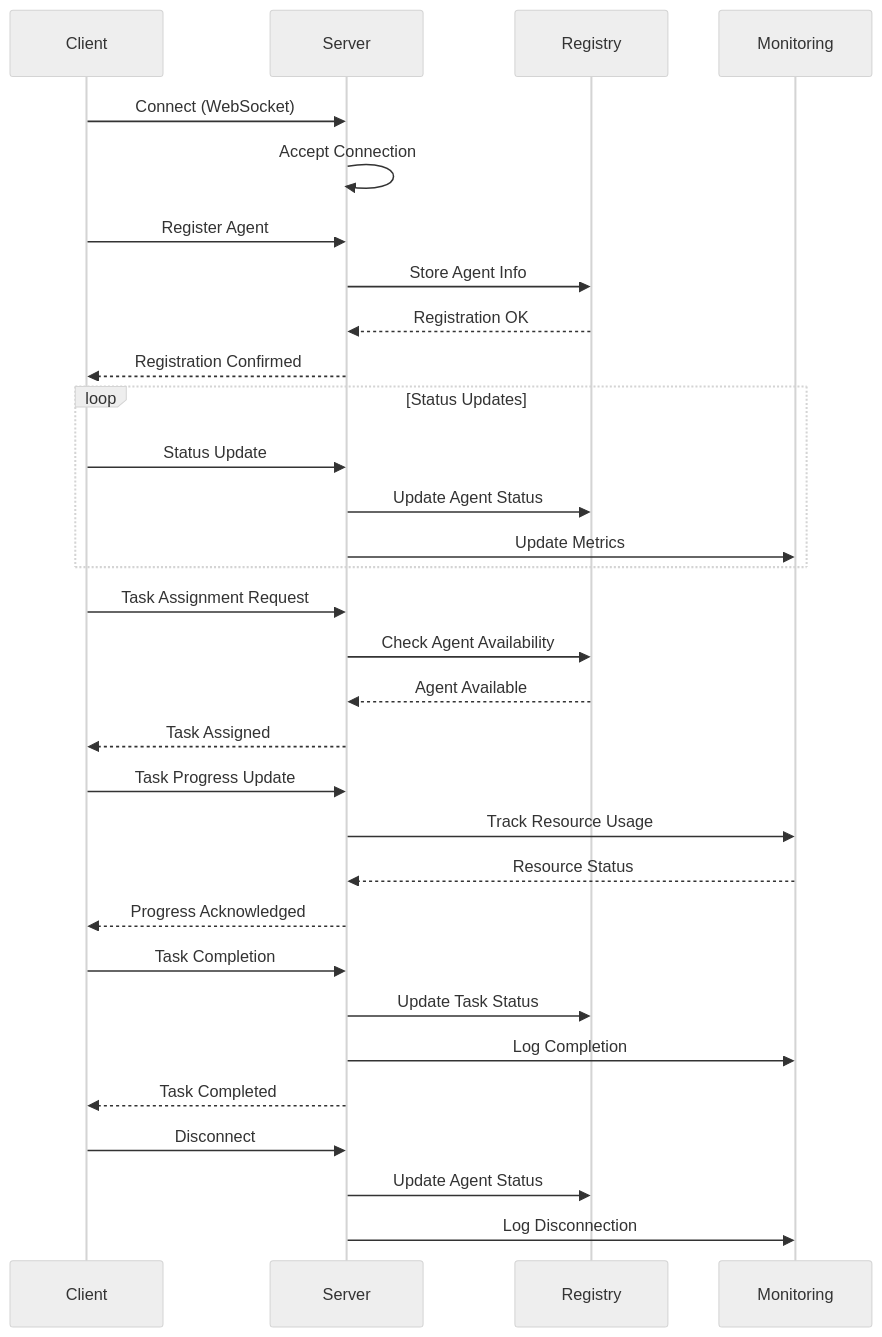
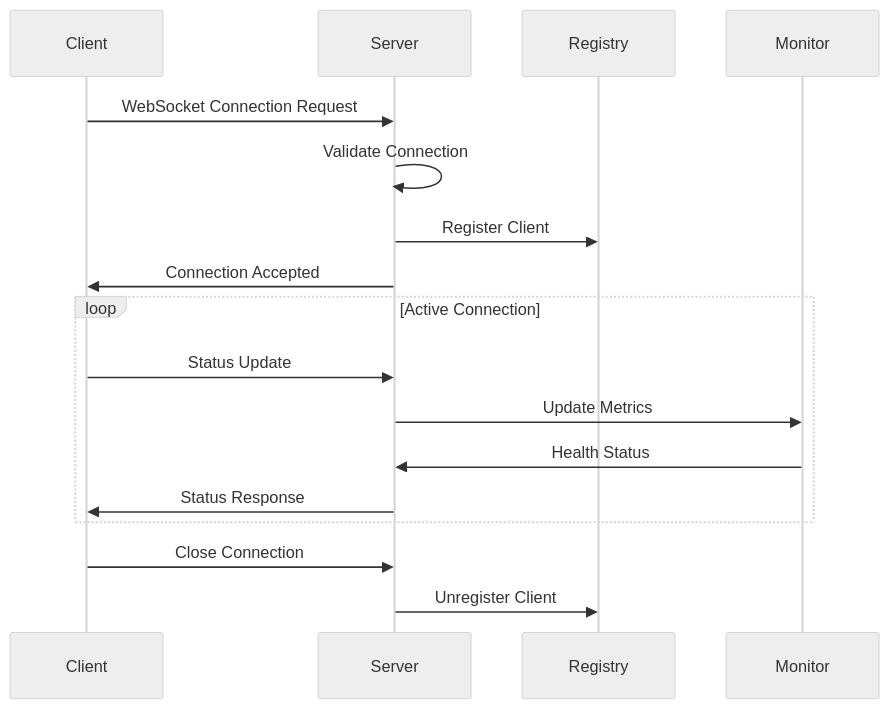
One commit to MaxParisotto/nexa-core changed the first of 4 diagrams in docs/architecture.md. Above: the diagram before and after it, drawn with Mermaid (neutral theme). The commit also changed other lines of this file and 17 other files, not shown here.

````diff
--- a/docs/architecture.md
+++ b/docs/architecture.md
@@ -295,40 +88,22 @@
 ```mermaid
 sequenceDiagram
-    participant C as Client
-    participant S as Server
-    participant R as Registry
-    participant M as Monitoring
+    participant Client
+    participant Server
+    participant Registry
+    participant Monitor
 
-    C->>S: Connect (WebSocket)
-    S->>S: Accept Connection
+    Client->>Server: WebSocket Connection Request
+    Server->>Server: Validate Connection
+    Server->>Registry: Register Client
+    Server->>Client: Connection Accepted
     
-    C->>S: Register Agent
-    S->>R: Store Agent Info
-    R-->>S: Registration OK
-    S-->>C: Registration Confirmed
-
-    loop Status Updates
-        C->>S: Status Update
-        S->>R: Update Agent Status
-        S->>M: Update Metrics
+    loop Active Connection
+        Client->>Server: Status Update
+        Server->>Monitor: Update Metrics
+        Monitor->>Server: Health Status
+        Server->>Client: Status Response
     end
-
-    C->>S: Task Assignment Request
-    S->>R: Check Agent Availability
-    R-->>S: Agent Available
-    S-->>C: Task Assigned
-
-    C->>S: Task Progress Update
-    S->>M: Track Resource Usage
-    M-->>S: Resource Status
-    S-->>C: Progress Acknowledged
-
-    C->>S: Task Completion
-    S->>R: Update Task Status
-    S->>M: Log Completion
-    S-->>C: Task Completed
-
-    C->>S: Disconnect
-    S->>R: Update Agent Status
-    S->>M: Log Disconnection
+    
+    Client->>Server: Close Connection
+    Server->>Registry: Unregister Client
 ```
````
